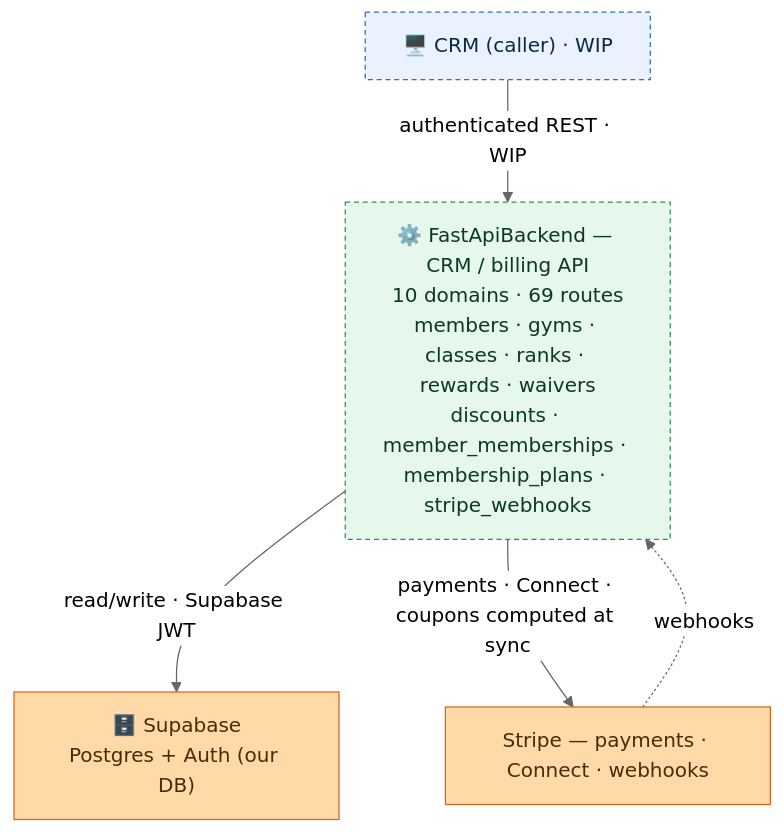
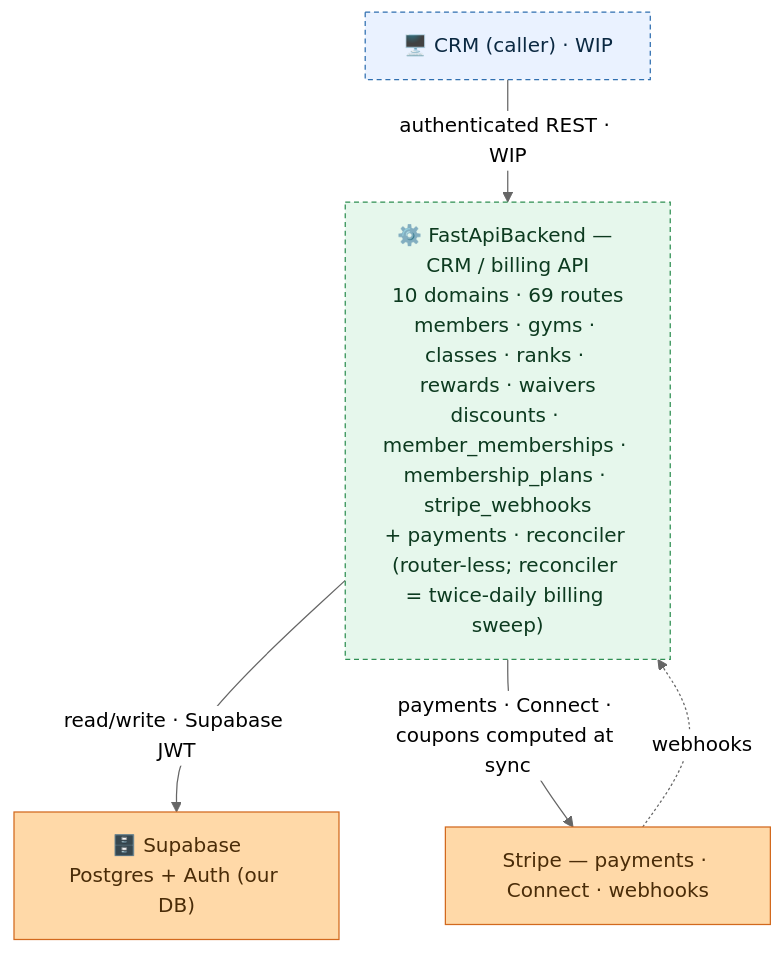
Before and after one commit to jesse51002/CombatDen: the diagram in FastApiBackend/README.md, drawn with Mermaid (neutral theme). The commit also changed other lines of this file and 2 other files, not shown here.

First line of the commit message:
Reconciler docs: mark built in sync-guide / PaymentRefactor / README

````diff
--- a/FastApiBackend/README.md
+++ b/FastApiBackend/README.md
@@ -15,19 +15,19 @@
 ```mermaid
 flowchart TB
   CRM["🖥️ CRM (caller) · WIP"]
-  FB["⚙️ FastApiBackend — CRM / billing API<br/>10 domains · 69 routes<br/>members · gyms · classes · ranks · rewards · waivers<br/>discounts · member_memberships · membership_plans · stripe_webhooks"]
+  FB["⚙️ FastApiBackend — CRM / billing API<br/>10 domains · 69 routes<br/>members · gyms · classes · ranks · rewards · waivers<br/>discounts · member_memberships · membership_plans · stripe_webhooks<br/>+ payments · reconciler (router-less; reconciler = twice-daily billing sweep)"]
   Supabase["🗄️ Supabase<br/>Postgres + Auth (our DB)"]
   Stripe["Stripe — payments · Connect · webhooks"]
   CRM -->|"authenticated REST · WIP"| FB
   FB -->|"read/write · Supabase JWT"| Supabase
   FB -->|"payments · Connect · coupons computed at sync"| Stripe
   Stripe -.->|"webhooks"| FB
   classDef client fill:#eaf2ff,stroke:#2f6fb0,color:#0b2942;
   classDef svc fill:#e6f7ec,stroke:#2f8f53,color:#0c3a1f;
   classDef ext fill:#ffd9a8,stroke:#d2691e,color:#4a2c08;
   class CRM client;
   class FB svc;
   class Supabase,Stripe ext;
   style CRM stroke-dasharray:4 3;
   style FB stroke-dasharray:4 3;
 ```
````
